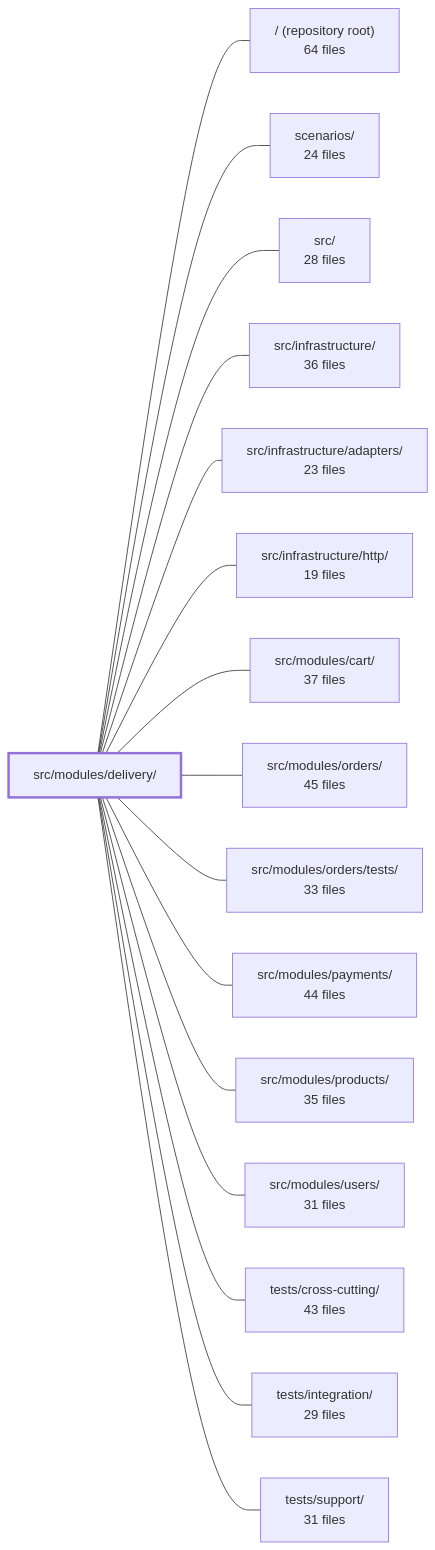
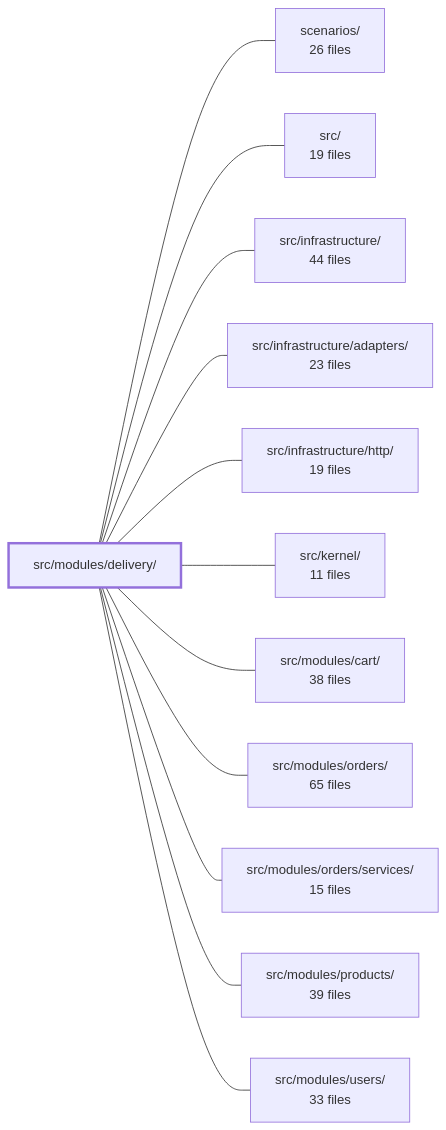
The diagram in .2brain/modules/boilerplate-node-backend_src_modules_delivery.md (Guebbit/boilerplate-node-backend), drawn with Mermaid before and after one commit. The commit also changed other lines of this file and 137 other files, not shown here.

````diff
--- a/.2brain/modules/boilerplate-node-backend_src_modules_delivery.md
+++ b/.2brain/modules/boilerplate-node-backend_src_modules_delivery.md
@@ -46,35 +43,27 @@
 ```mermaid
 flowchart LR
     m_src_modules_delivery["src/modules/delivery/"]
-    m_root["/ (repository root)<br/>64 files"]
-    m_scenarios["scenarios/<br/>24 files"]
-    m_src["src/<br/>28 files"]
-    m_src_infrastructure["src/infrastructure/<br/>36 files"]
+    m_scenarios["scenarios/<br/>26 files"]
+    m_src["src/<br/>19 files"]
+    m_src_infrastructure["src/infrastructure/<br/>44 files"]
     m_src_infrastructure_adapters["src/infrastructure/adapters/<br/>23 files"]
     m_src_infrastructure_http["src/infrastructure/http/<br/>19 files"]
-    m_src_modules_cart["src/modules/cart/<br/>37 files"]
-    m_src_modules_orders["src/modules/orders/<br/>45 files"]
-    m_src_modules_orders_tests["src/modules/orders/tests/<br/>33 files"]
-    m_src_modules_payments["src/modules/payments/<br/>44 files"]
-    m_src_modules_products["src/modules/products/<br/>35 files"]
-    m_src_modules_users["src/modules/users/<br/>31 files"]
-    m_tests_cross_cutting["tests/cross-cutting/<br/>43 files"]
-    m_tests_integration["tests/integration/<br/>29 files"]
-    m_tests_support["tests/support/<br/>31 files"]
-    m_src_modules_delivery --- m_root
+    m_src_kernel["src/kernel/<br/>11 files"]
+    m_src_modules_cart["src/modules/cart/<br/>38 files"]
+    m_src_modules_orders["src/modules/orders/<br/>65 files"]
+    m_src_modules_orders_services["src/modules/orders/services/<br/>15 files"]
+    m_src_modules_products["src/modules/products/<br/>39 files"]
+    m_src_modules_users["src/modules/users/<br/>33 files"]
     m_src_modules_delivery --- m_scenarios
     m_src_modules_delivery --- m_src
     m_src_modules_delivery --- m_src_infrastructure
     m_src_modules_delivery --- m_src_infrastructure_adapters
     m_src_modules_delivery --- m_src_infrastructure_http
+    m_src_modules_delivery --- m_src_kernel
     m_src_modules_delivery --- m_src_modules_cart
     m_src_modules_delivery --- m_src_modules_orders
-    m_src_modules_delivery --- m_src_modules_orders_tests
-    m_src_modules_delivery --- m_src_modules_payments
+    m_src_modules_delivery --- m_src_modules_orders_services
     m_src_modules_delivery --- m_src_modules_products
     m_src_modules_delivery --- m_src_modules_users
-    m_src_modules_delivery --- m_tests_cross_cutting
-    m_src_modules_delivery --- m_tests_integration
-    m_src_modules_delivery --- m_tests_support
     style m_src_modules_delivery stroke-width:3px
 ```
````
